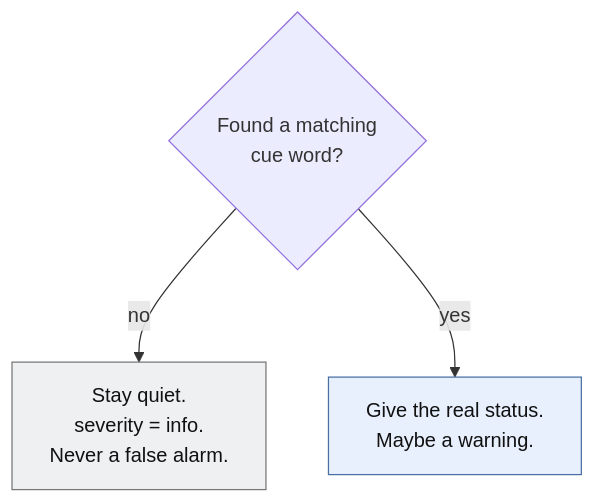
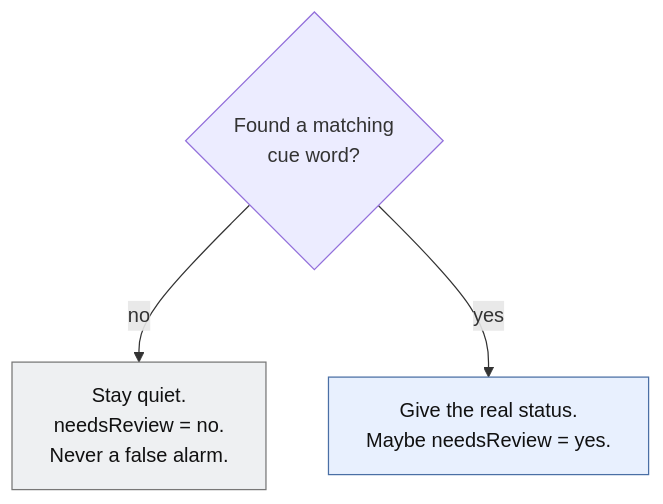
Before and after one commit to uiqvb/affinda-resume-enricher: the fourth of 5 diagrams in README.md, drawn with Mermaid. The commit also changed other lines of this file and 21 other files, not shown here.

First line of the commit message:
Rename severity field to needsReview (yes/no)

````diff
--- a/README.md
+++ b/README.md
@@ -100,7 +100,7 @@
 ```mermaid
 flowchart TD
-    A{"Found a matching<br/>cue word?"} -->|"no"| Q["Stay quiet.<br/>severity = info.<br/>Never a false alarm."]:::g
-    A -->|"yes"| F["Give the real status.<br/>Maybe a warning."]:::b
+    A{"Found a matching<br/>cue word?"} -->|"no"| Q["Stay quiet.<br/>needsReview = no.<br/>Never a false alarm."]:::g
+    A -->|"yes"| F["Give the real status.<br/>Maybe needsReview = yes."]:::b
     classDef g fill:#eef0f2,stroke:#777,color:#111
     classDef b fill:#e8f0fe,stroke:#4a6fa5,color:#111
 ```
````
